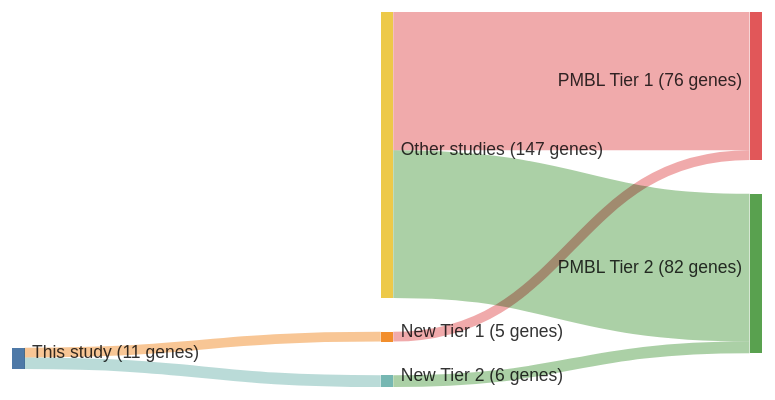
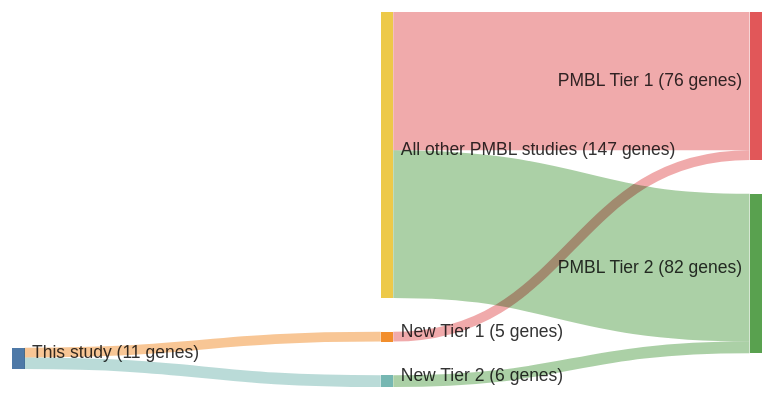
The diagram in papers/sarkozyMutationalLandscapeGray2021a.md (morinlab/lymphopedia), drawn with Mermaid before and after one commit. The commit also changed 82 other files, not shown here.

````diff
--- a/papers/sarkozyMutationalLandscapeGray2021a.md
+++ b/papers/sarkozyMutationalLandscapeGray2021a.md
@@ -12,20 +12,20 @@
 ```mermaid
 ---
 config:
     sankey:
         showValues: true
         linkColor: target
         width: 600
         height: 300
         nodeAlignment: right
         prefix: '('
         suffix: ' genes)'
 ---
 sankey-beta
 This study, New Tier 1, 5
 New Tier 1, PMBL Tier 1, 5
 This study, New Tier 2, 6
 New Tier 2, PMBL Tier 2, 6
-Other studies, PMBL Tier 1, 71
-Other studies, PMBL Tier 2, 76
+All other PMBL studies, PMBL Tier 1, 71
+All other PMBL studies, PMBL Tier 2, 76
 ```
````
